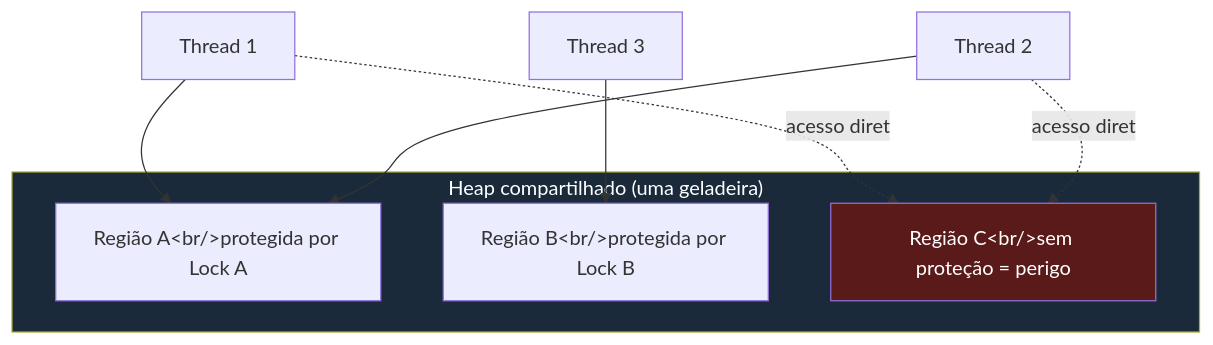
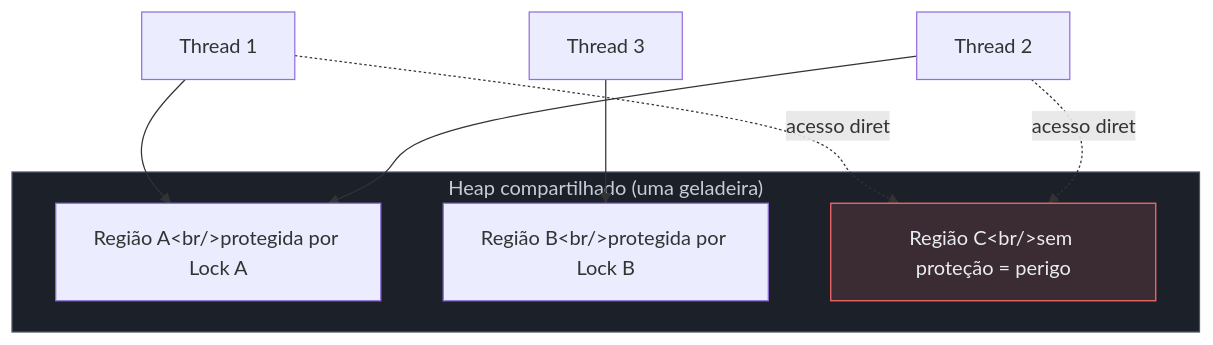
Before and after one commit to josenaldo/codex-technomanticus: the first of 6 diagrams in 03-Dominios/Ciência/Concorrência e Paralelismo/10 - Memória compartilhada com threads e locks.md, drawn with Mermaid. The commit also changed other lines of this file and 1181 other files, not shown here.

First line of the commit message:
fix(diagramas): paleta do sistema no lugar de cor cravada no markdown

````diff
--- a/03-Dominios/Ciência/Concorrência e Paralelismo/10 - Memória compartilhada com threads e locks.md
+++ b/03-Dominios/Ciência/Concorrência e Paralelismo/10 - Memória compartilhada com threads e locks.md
@@ -33,15 +33,17 @@
 ```mermaid
 flowchart TB
+    classDef falha fill:#FF6B6B24,stroke:#FF6B6B,color:#E9ECF2
+    classDef neutro fill:#1B2029,stroke:#4E5666,color:#C6CCD8
     subgraph HEAP["Heap compartilhado (uma geladeira)"]
         R1["Região A&lt;br/&gt;protegida por Lock A"]
         R2["Região B&lt;br/&gt;protegida por Lock B"]
         R3["Região C&lt;br/&gt;sem proteção = perigo"]
     end
     T1["Thread 1"] --> R1
     T2["Thread 2"] --> R1
     T3["Thread 3"] --> R2
     T1 -.acesso direto.-> R3
     T2 -.acesso direto.-> R3
-    style R3 fill:#5a1a1a,color:#fff
-    style HEAP fill:#1a2a3a,color:#fff
+    class R3 falha
+    class HEAP neutro
 ```
````
